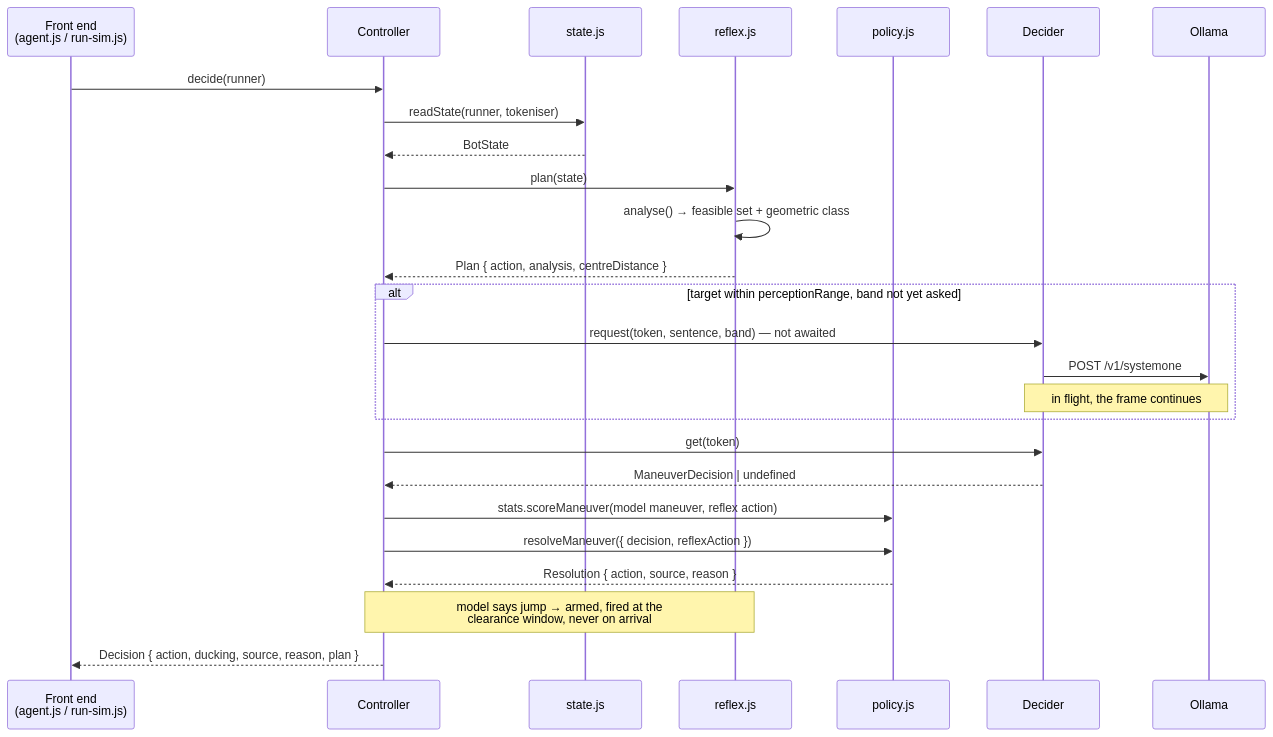
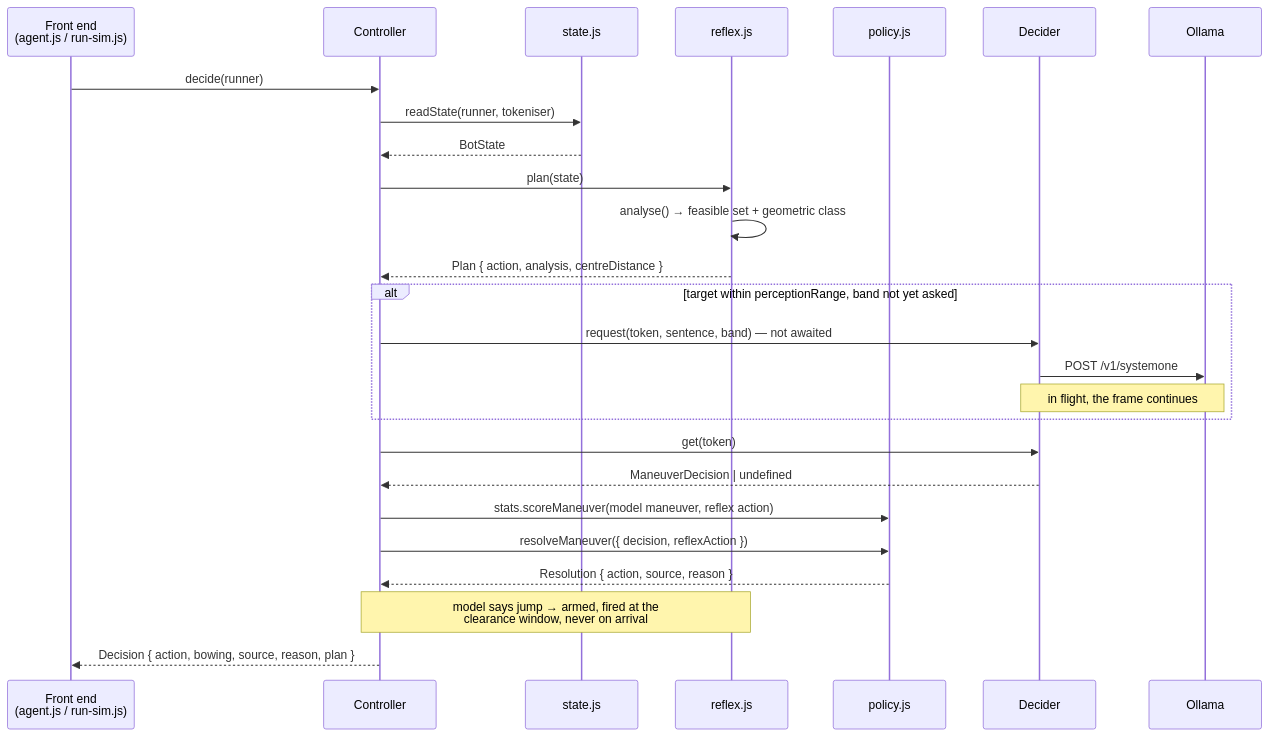
One commit to naufalmalikr/decisaur changed the second of 8 diagrams in ARCHITECTURE.md. Above: the diagram before and after it, drawn with Mermaid. The commit also changed other lines of this file and 22 other files, not shown here.

````diff
--- a/ARCHITECTURE.md
+++ b/ARCHITECTURE.md
@@ -74,31 +74,31 @@
 ```mermaid
 sequenceDiagram
     participant FE as Front end<br/>(agent.js / run-sim.js)
     participant C as Controller
     participant S as state.js
     participant R as reflex.js
     participant P as policy.js
     participant D as Decider
     participant O as Ollama
 
     FE->>C: decide(runner)
     C->>S: readState(runner, tokeniser)
     S-->>C: BotState
     C->>R: plan(state)
     R->>R: analyse() → feasible set + geometric class
     R-->>C: Plan { action, analysis, centreDistance }
 
     alt target within perceptionRange, band not yet asked
         C->>D: request(token, sentence, band) — not awaited
         D->>O: POST /v1/systemone
         Note over D,O: in flight, the frame continues
     end
 
     C->>D: get(token)
     D-->>C: ManeuverDecision | undefined
     C->>P: stats.scoreManeuver(model maneuver, reflex action)
     C->>P: resolveManeuver({ decision, reflexAction })
     P-->>C: Resolution { action, source, reason }
     Note over C,R: model says jump → armed, fired at the<br/>clearance window, never on arrival
-    C-->>FE: Decision { action, ducking, source, reason, plan }
+    C-->>FE: Decision { action, bowing, source, reason, plan }
 ```
````
